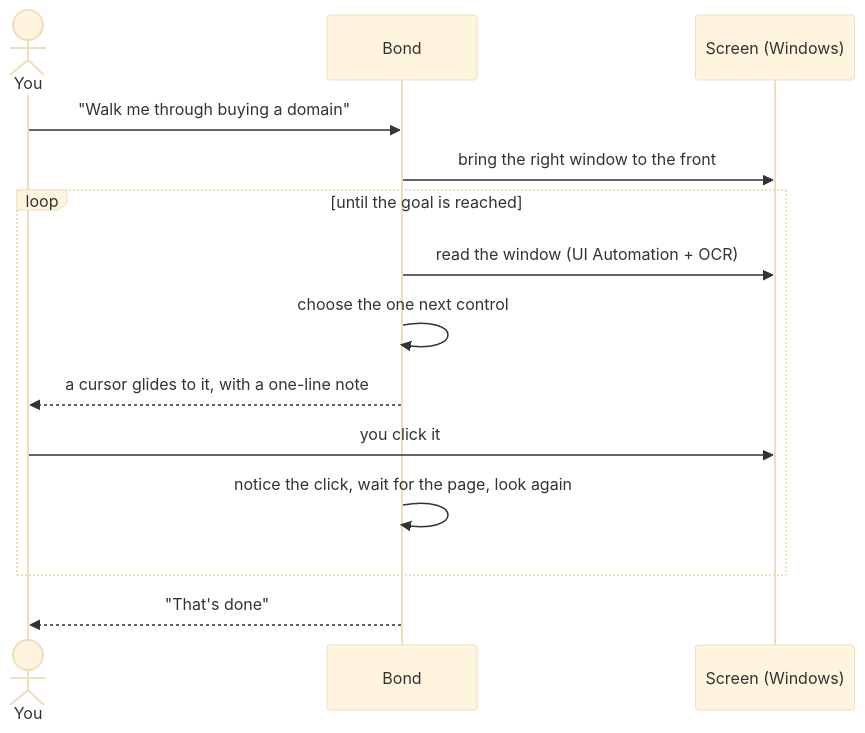
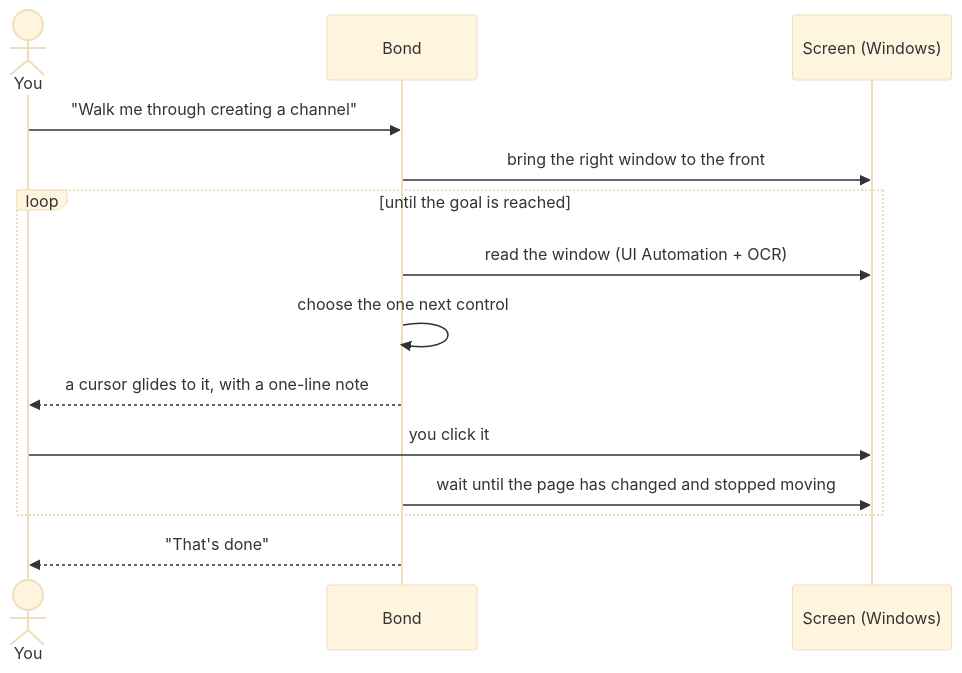
The first of 2 diagrams in README.md (bashantatiwari/selfglance_app), drawn with Mermaid (base theme) before and after one commit. The commit also changed other lines of this file and 80 other files, not shown here.

First line of the commit message:
Plan page, About you, photo buddy, reminders, modifier-only hotkeys, guide and memory refinements

````diff
--- a/README.md
+++ b/README.md
@@ -115,16 +61,16 @@
 ```mermaid
 sequenceDiagram
     actor You
     participant Bond
     participant Screen as Screen (Windows)
-    You->>Bond: "Walk me through buying a domain"
+    You->>Bond: "Walk me through creating a channel"
     Bond->>Screen: bring the right window to the front
     loop until the goal is reached
         Bond->>Screen: read the window (UI Automation + OCR)
         Bond->>Bond: choose the one next control
         Bond-->>You: a cursor glides to it, with a one-line note
         You->>Screen: you click it
-        Bond->>Bond: notice the click, wait for the page, look again
+        Bond->>Screen: wait until the page has changed and stopped moving
     end
     Bond-->>You: "That's done"
 ```
````
